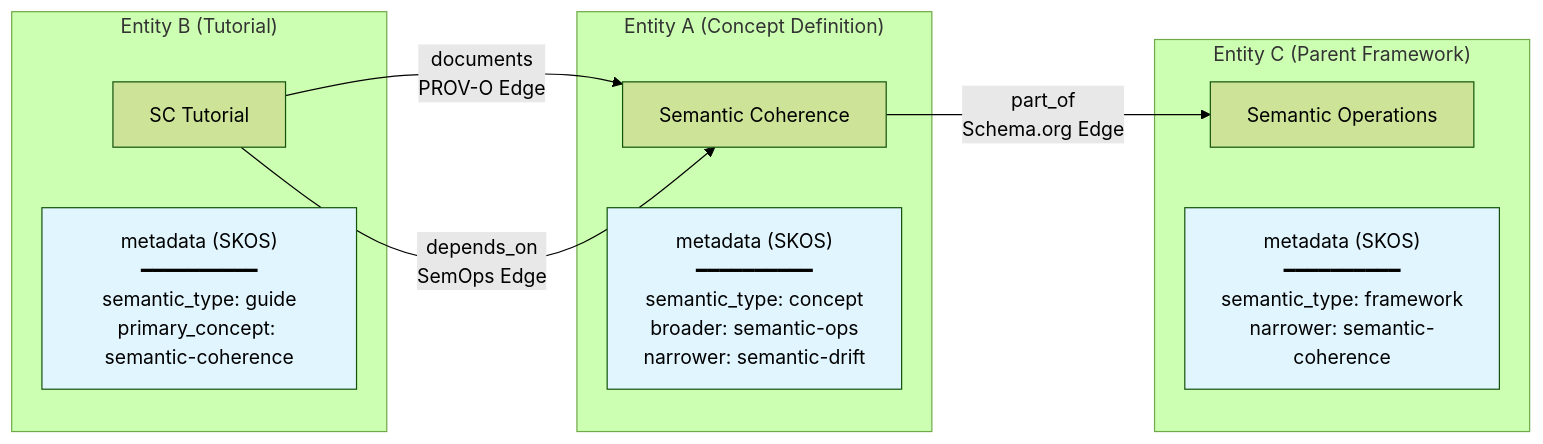
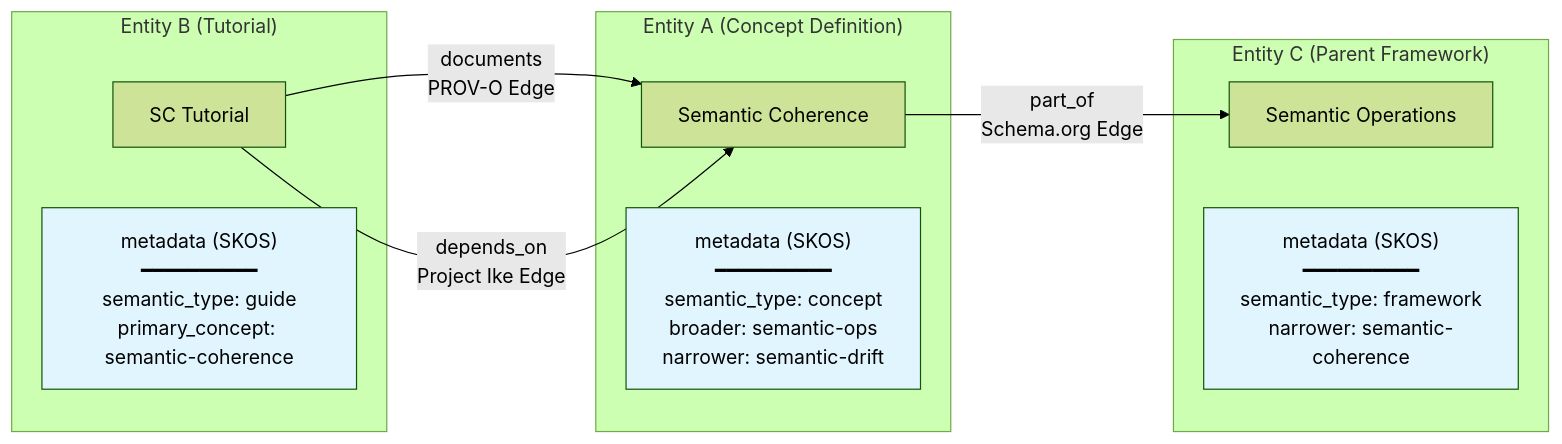
One commit to semops-ai/semops-core changed the second of 2 diagrams in schemas/SKOS_PROVO_MAPPING.md. Above: the diagram before and after it, drawn with Mermaid (forest theme). The commit also changed other lines of this file and 114 other files, not shown here.

First line of the commit message:
feat: full sync — schemas, scripts, docs, infrastructure

````diff
--- a/schemas/SKOS_PROVO_MAPPING.md
+++ b/schemas/SKOS_PROVO_MAPPING.md
@@ -166,25 +166,25 @@
 ```mermaid
 graph LR
-    subgraph "Entity A (Concept Definition)"
-        A[Semantic Coherence]
-        A_META["metadata (SKOS)<br/>━━━━━━━━━━<br/>semantic_type: concept<br/>broader: semantic-ops<br/>narrower: semantic-drift"]
-    end
+ subgraph "Entity A (Concept Definition)"
+ A[Semantic Coherence]
+ A_META["metadata (SKOS)<br/>━━━━━━━━━━<br/>semantic_type: concept<br/>broader: semantic-ops<br/>narrower: semantic-drift"]
+ end
 
-    subgraph "Entity B (Tutorial)"
-        B[SC Tutorial]
-        B_META["metadata (SKOS)<br/>━━━━━━━━━━<br/>semantic_type: guide<br/>primary_concept: semantic-coherence"]
-    end
+ subgraph "Entity B (Tutorial)"
+ B[SC Tutorial]
+ B_META["metadata (SKOS)<br/>━━━━━━━━━━<br/>semantic_type: guide<br/>primary_concept: semantic-coherence"]
+ end
 
-    subgraph "Entity C (Parent Framework)"
-        C[Semantic Operations]
-        C_META["metadata (SKOS)<br/>━━━━━━━━━━<br/>semantic_type: framework<br/>narrower: semantic-coherence"]
-    end
+ subgraph "Entity C (Parent Framework)"
+ C[Semantic Operations]
+ C_META["metadata (SKOS)<br/>━━━━━━━━━━<br/>semantic_type: framework<br/>narrower: semantic-coherence"]
+ end
 
-    B -->|documents<br/>PROV-O Edge| A
-    A -->|part_of<br/>Schema.org Edge| C
-    B -->|depends_on<br/>SemOps Edge| A
+ B -->|documents<br/>PROV-O Edge| A
+ A -->|part_of<br/>Schema.org Edge| C
+ B -->|depends_on<br/>Project Ike Edge| A
 
-    style A_META fill:#e1f5ff
-    style B_META fill:#e1f5ff
-    style C_META fill:#e1f5ff
+ style A_META fill:#e1f5ff
+ style B_META fill:#e1f5ff
+ style C_META fill:#e1f5ff
 ```
````
